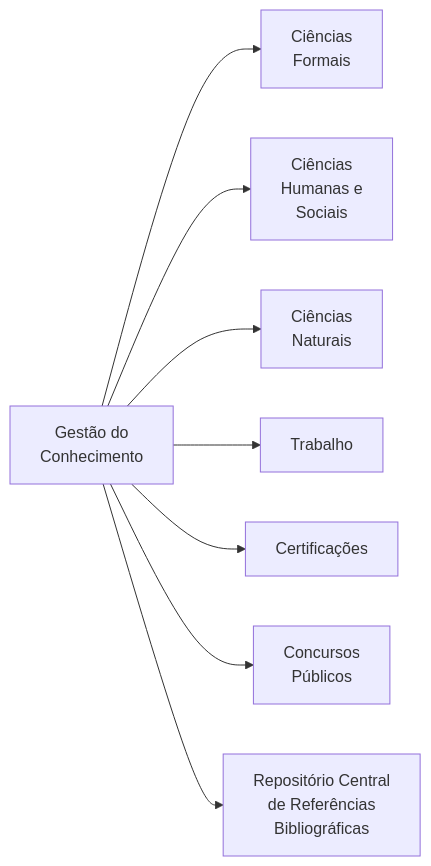
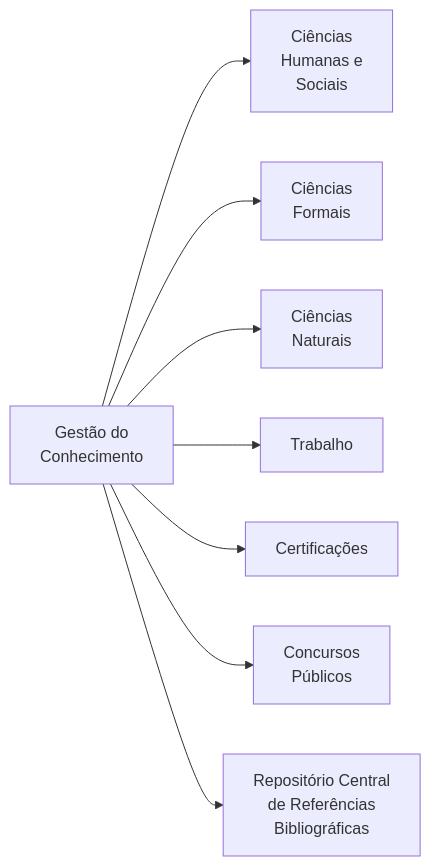
One commit to dnlclaudino/gestao-do-conhecimento changed the third of 6 diagrams in README.md. Above: the diagram before and after it, drawn with Mermaid.

Commit message:
Revisar: seção "Áreas para Minha Gestão do Conhecimento"

````diff
--- a/README.md
+++ b/README.md
@@ -102,10 +102,10 @@
 ```mermaid
 graph LR;
-A[Gestão do<br>Conhecimento ]-->CF[Ciências<br>Formais];
-  A-->CHS[Ciências<br>Humanas e<br>Sociais]
+A[Gestão do<br>Conhecimento ]-->CHS[Ciências<br>Humanas e<br>Sociais]
+  A-->CF[Ciências<br>Formais];
   A-->CN[Ciências<br>Naturais];
   A-->PRO[Trabalho];
   A-->CERT[Certificações];
   A-->CP[Concursos<br>Públicos];
   A-->RCRB[Repositório Central<br>de Referências<br>Bibliográficas]
 ```
````
